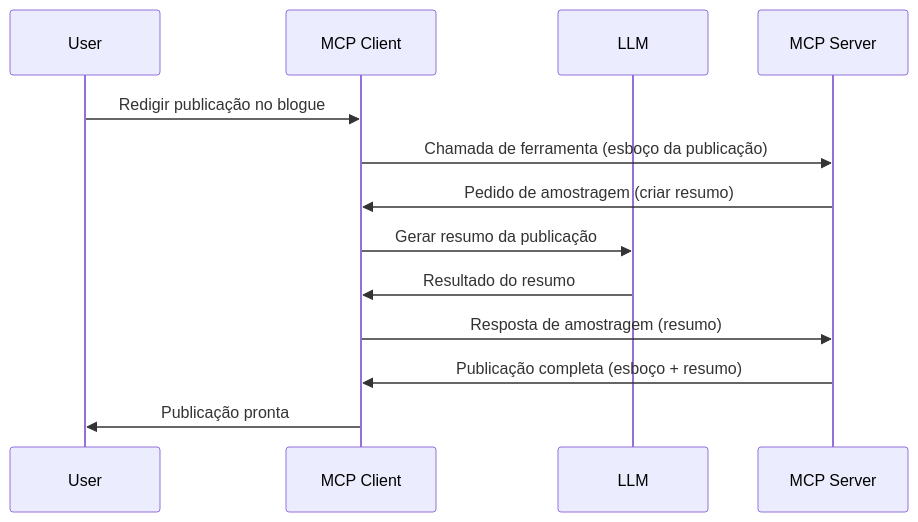
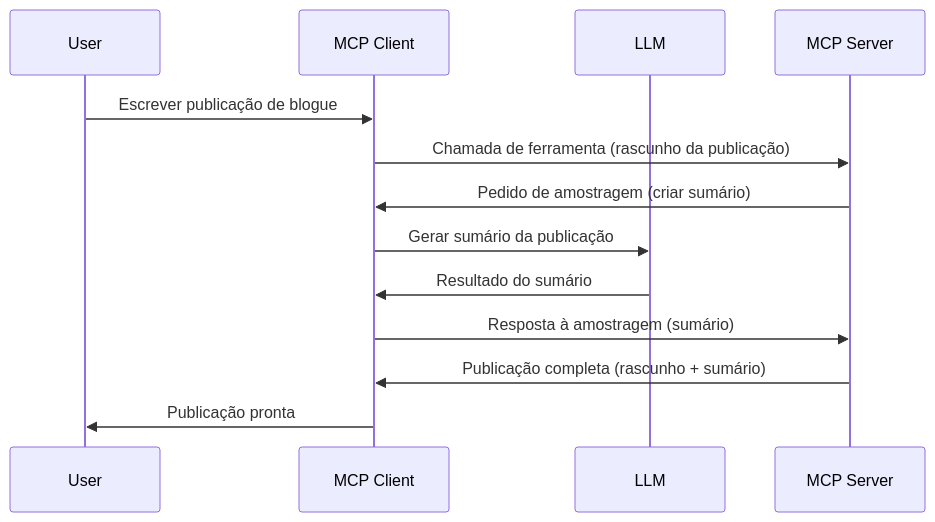
One commit to HIDORAKAI002/ai-workspace-archive changed the diagram in mcp_ecosystem__model_context_protocol/mcp_learning_resources/mcp-for-beginners/translations/pt-PT/03-GettingStarted/14-sampling/README.md. Above: the diagram before and after it, drawn with Mermaid. The commit also changed other lines of this file and 1539 other files, not shown here.

````diff
--- a/mcp_ecosystem__model_context_protocol/mcp_learning_resources/mcp-for-beginners/translations/pt-PT/03-GettingStarted/14-sampling/README.md
+++ b/mcp_ecosystem__model_context_protocol/mcp_learning_resources/mcp-for-beginners/translations/pt-PT/03-GettingStarted/14-sampling/README.md
@@ -23,16 +23,16 @@
 ```mermaid
 sequenceDiagram
     participant User
     participant MCP Client
     participant LLM
     participant MCP Server
 
-    User->>MCP Client: Redigir publicação no blogue
-    MCP Client->>MCP Server: Chamada de ferramenta (esboço da publicação)
-    MCP Server->>MCP Client: Pedido de amostragem (criar resumo)
-    MCP Client->>LLM: Gerar resumo da publicação
-    LLM->>MCP Client: Resultado do resumo
-    MCP Client->>MCP Server: Resposta de amostragem (resumo)
-    MCP Server->>MCP Client: Publicação completa (esboço + resumo)
+    User->>MCP Client: Escrever publicação de blogue
+    MCP Client->>MCP Server: Chamada de ferramenta (rascunho da publicação)
+    MCP Server->>MCP Client: Pedido de amostragem (criar sumário)
+    MCP Client->>LLM: Gerar sumário da publicação
+    LLM->>MCP Client: Resultado do sumário
+    MCP Client->>MCP Server: Resposta à amostragem (sumário)
+    MCP Server->>MCP Client: Publicação completa (rascunho + sumário)
     MCP Client->>User: Publicação pronta
 ```
````
